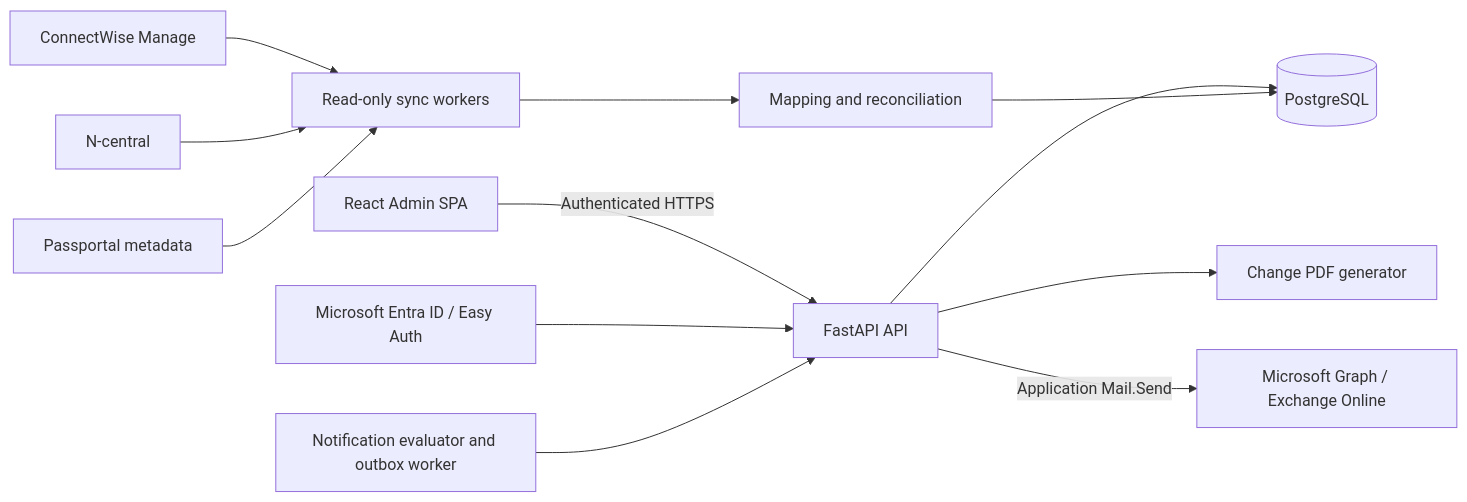
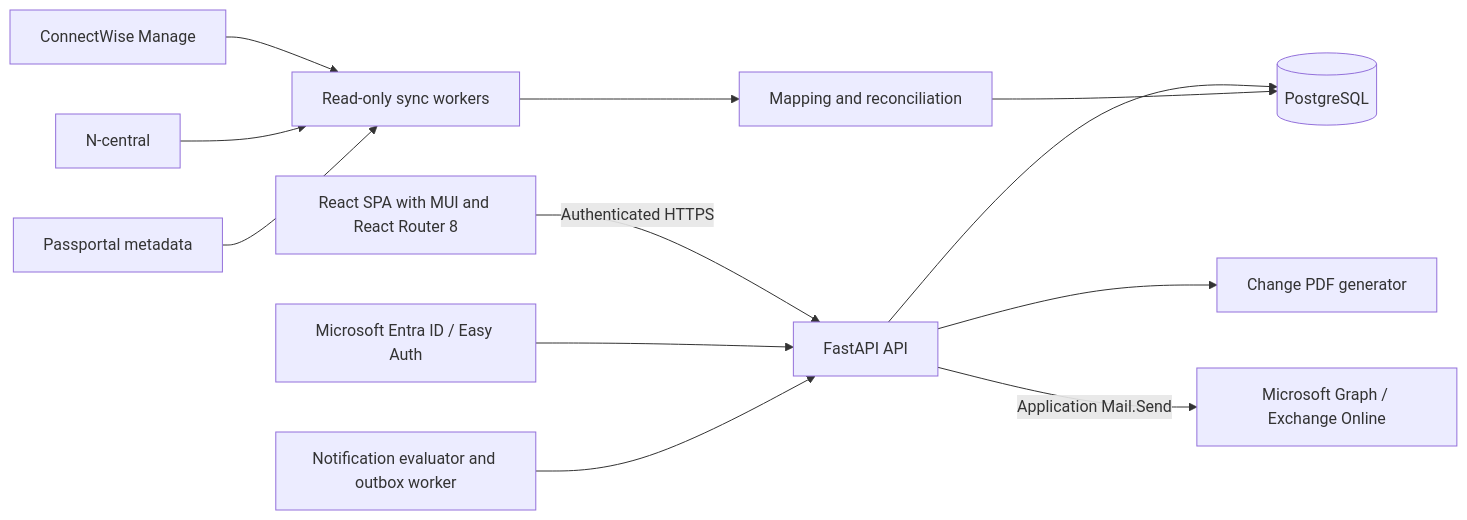
Before and after one commit to IPT-Holdings-PTY-Ltd/ipt-cmdb: the diagram in README.md, drawn with Mermaid. The commit also changed other lines of this file and 42 other files, not shown here.

````diff
--- a/README.md
+++ b/README.md
@@ -125,14 +126,14 @@
 ```mermaid
 flowchart LR
-    SPA[React Admin SPA] -->|Authenticated HTTPS| API[FastAPI API]
+    SPA[React SPA with MUI and React Router 8] -->|Authenticated HTTPS| API[FastAPI API]
     API --> PG[(PostgreSQL)]
     API --> PDF[Change PDF generator]
     ENTRA[Microsoft Entra ID / Easy Auth] --> API
     CW[ConnectWise Manage] --> WORKERS[Read-only sync workers]
     NC[N-central] --> WORKERS
     PP[Passportal metadata] --> WORKERS
     API -->|Application Mail.Send| GRAPH[Microsoft Graph / Exchange Online]
     NOTIFY[Notification evaluator and outbox worker] --> API
     WORKERS --> MAP[Mapping and reconciliation]
     MAP --> PG
 ```
````
